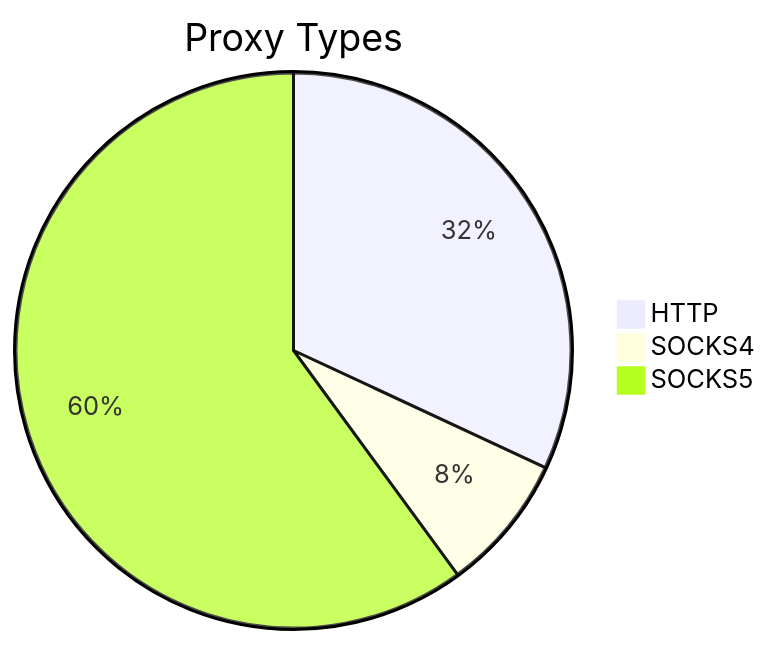
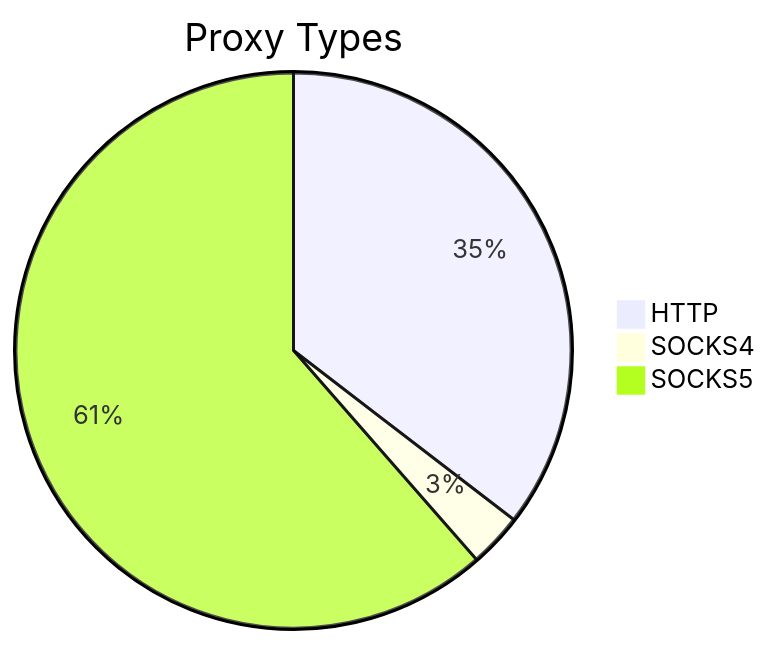
The first of 2 diagrams in README.md (stormsia/proxy-list), drawn with Mermaid before and after one commit. The commit also changed other lines of this file, not shown here.

````diff
--- a/README.md
+++ b/README.md
@@ -21,6 +21,6 @@
 ```mermaid
 pie title Proxy Types
-    "HTTP" : 235
-    "SOCKS4" : 59
-    "SOCKS5" : 442
+    "HTTP" : 192
+    "SOCKS4" : 17
+    "SOCKS5" : 333
 ```
````
